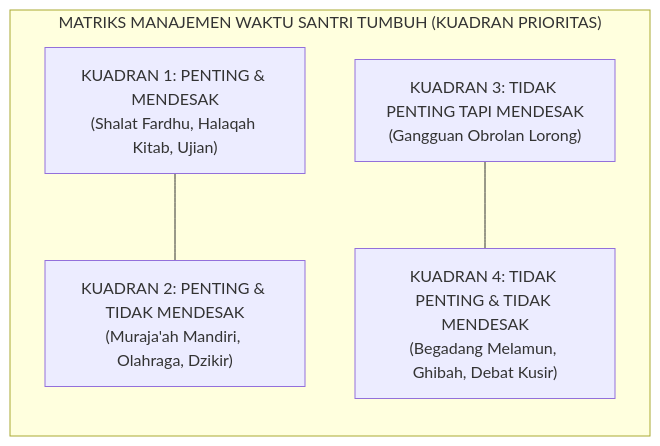
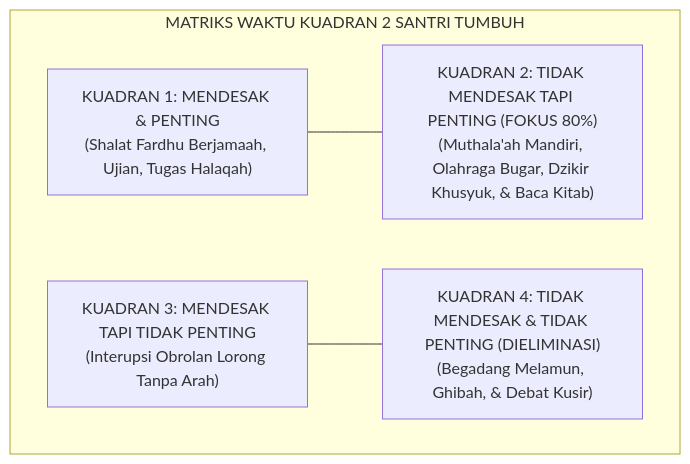
One commit to wandiapriliyandi/tumbuh changed diagram 16 of 47 in BOOK-SERIES/Volume-02/Buku-Volume-02-Taksonomi-Kapasitas-dan-10-Profil-Karakter.md. Above: the diagram before and after it, drawn with Mermaid. The commit also changed other lines of this file and 27 other files, not shown here.

````diff
--- a/BOOK-SERIES/Volume-02/Buku-Volume-02-Taksonomi-Kapasitas-dan-10-Profil-Karakter.md
+++ b/BOOK-SERIES/Volume-02/Buku-Volume-02-Taksonomi-Kapasitas-dan-10-Profil-Karakter.md
@@ -1045,12 +832,12 @@
 ```mermaid
-graph LR
-    subgraph MatriksWaktu["MATRIKS MANAJEMEN WAKTU SANTRI TUMBUH (KUADRAN PRIORITAS)"]
-        K1["KUADRAN 1: PENTING & MENDESAK<br/>(Shalat Fardhu, Halaqah Kitab, Ujian)"]
-        K2["KUADRAN 2: PENTING & TIDAK MENDESAK<br/>(Muraja'ah Mandiri, Olahraga, Dzikir)"]
-        K3["KUADRAN 3: TIDAK PENTING TAPI MENDESAK<br/>(Gangguan Obrolan Lorong)"]
-        K4["KUADRAN 4: TIDAK PENTING & TIDAK MENDESAK<br/>(Begadang Melamun, Ghibah, Debat Kusir)"]
+graph TD
+    subgraph MatriksPrioritas["MATRIKS WAKTU KUADRAN 2 SANTRI TUMBUH"]
+        K1["KUADRAN 1: MENDESAK & PENTING<br/>(Shalat Fardhu Berjamaah, Ujian, Tugas Halaqah)"]
+        K2["KUADRAN 2: TIDAK MENDESAK TAPI PENTING (FOKUS 80%)<br/>(Muthala'ah Mandiri, Olahraga Bugar, Dzikir Khusyuk, & Baca Kitab)"]
+        K3["KUADRAN 3: MENDESAK TAPI TIDAK PENTING<br/>(Interupsi Obrolan Lorong Tanpa Arah)"]
+        K4["KUADRAN 4: TIDAK MENDESAK & TIDAK PENTING (DIELIMINASI)<br/>(Begadang Melamun, Ghibah, & Debat Kusir)"]
         
         K1 --- K2
         K3 --- K4
     end
 ```
````
